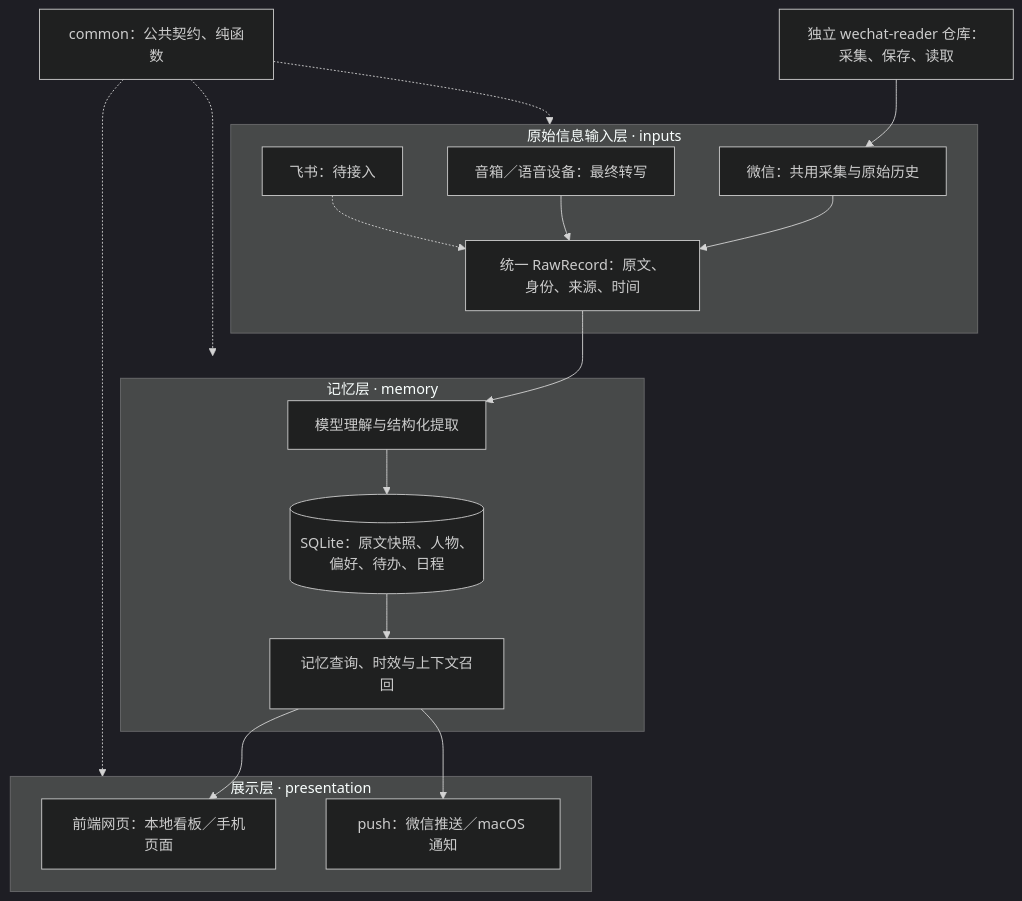
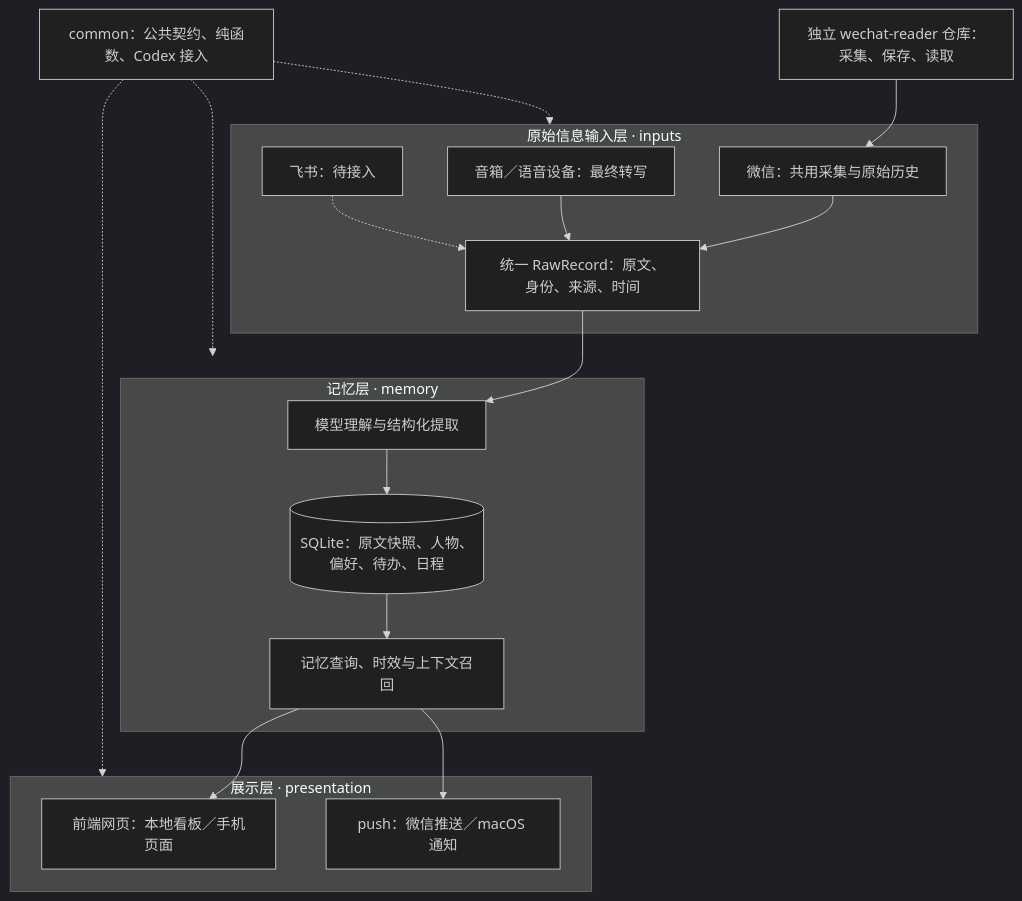
The diagram in README.md (wq19901103wq/personal-context), drawn with Mermaid (dark theme) before and after one commit. The commit also changed other lines of this file and 9 other files, not shown here.

````diff
--- a/README.md
+++ b/README.md
@@ -7,31 +7,31 @@
 ```mermaid
 flowchart TB
     subgraph INPUT[原始信息输入层 · inputs]
         WX[微信：共用采集与原始历史]
         VOICE[音箱／语音设备：最终转写]
         FS[飞书：待接入]
         RAW[统一 RawRecord：原文、身份、来源、时间]
         WX --> RAW
         VOICE --> RAW
         FS -.-> RAW
     end
     subgraph MEMORY[记忆层 · memory]
         EXTRACT[模型理解与结构化提取]
         STORE[(SQLite：原文快照、人物、偏好、待办、日程)]
         RECALL[记忆查询、时效与上下文召回]
         EXTRACT --> STORE --> RECALL
     end
     subgraph PRESENT[展示层 · presentation]
         WEB[前端网页：本地看板／手机页面]
         PUSH[push：微信推送／macOS 通知]
     end
     READER[独立 wechat-reader 仓库：采集、保存、读取]
     READER --> WX
-    COMMON[common：公共契约、纯函数]
+    COMMON[common：公共契约、纯函数、Codex 接入]
     COMMON -.-> INPUT
     COMMON -.-> MEMORY
     COMMON -.-> PRESENT
     RAW --> EXTRACT
     RECALL --> WEB
     RECALL --> PUSH
 ```
````
